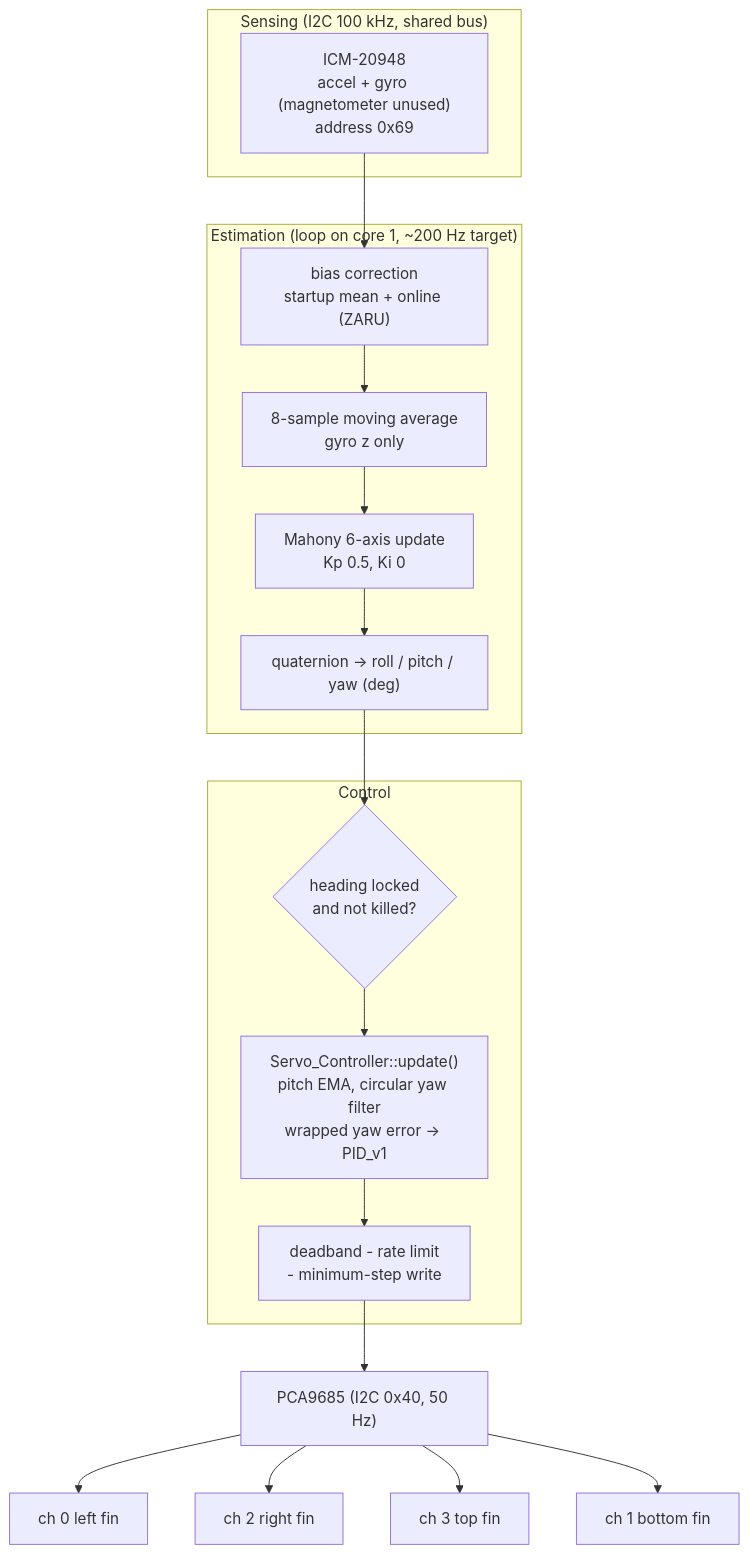
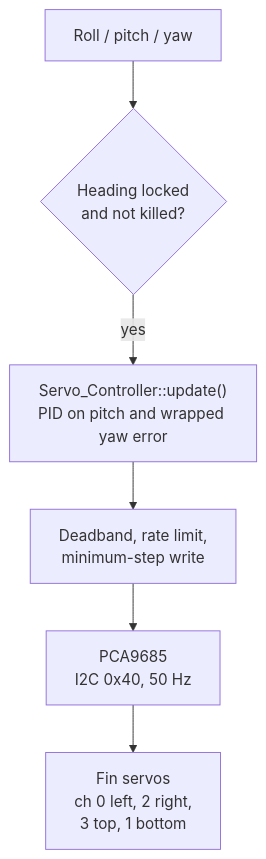
The second of 6 diagrams in docs/ARCHITECTURE.md (AlaaRadhwan/underwater-rocket-esp32-firmware), drawn with Mermaid before and after one commit. The commit also changed other lines of this file and 8 other files, not shown here.

First line of the commit message:
Docs: simplify Mermaid diagrams, add pool-test clip

````diff
--- a/docs/ARCHITECTURE.md
+++ b/docs/ARCHITECTURE.md
@@ -7,23 +26,8 @@
 ```mermaid
 flowchart TB
-  subgraph Sense["Sensing (I2C 100 kHz, shared bus)"]
-    IMU["ICM-20948<br/>accel + gyro (magnetometer unused)<br/>address 0x69"]
-  end
-  subgraph Est["Estimation (loop on core 1, ~200 Hz target)"]
-    B["bias correction<br/>startup mean + online (ZARU)"]
-    MA["8-sample moving average<br/>gyro z only"]
-    M["Mahony 6-axis update<br/>Kp 0.5, Ki 0"]
-    E["quaternion -> roll / pitch / yaw (deg)"]
-  end
-  subgraph Ctl["Control"]
-    L{"heading locked<br/>and not killed?"}
-    P["Servo_Controller::update()<br/>pitch EMA, circular yaw filter<br/>wrapped yaw error -> PID_v1"]
-    D["deadband - rate limit<br/>- minimum-step write"]
-  end
-  IMU --> B --> MA --> M --> E --> L --> P --> D
-  D --> PCA["PCA9685 (I2C 0x40, 50 Hz)"]
-  PCA --> F0["ch 0  left fin"]
-  PCA --> F2["ch 2  right fin"]
-  PCA --> F3["ch 3  top fin"]
-  PCA --> F1["ch 1  bottom fin"]
+  E["Roll / pitch / yaw"] --> L{"Heading locked<br/>and not killed?"}
+  L -- yes --> P["Servo_Controller::update()<br/>PID on pitch and wrapped yaw error"]
+  P --> D["Deadband, rate limit,<br/>minimum-step write"]
+  D --> PCA["PCA9685<br/>I2C 0x40, 50 Hz"]
+  PCA --> FINS["Fin servos<br/>ch 0 left, 2 right,<br/>3 top, 1 bottom"]
 ```
````
